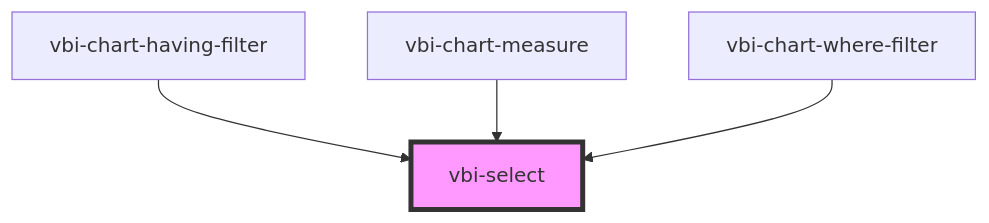
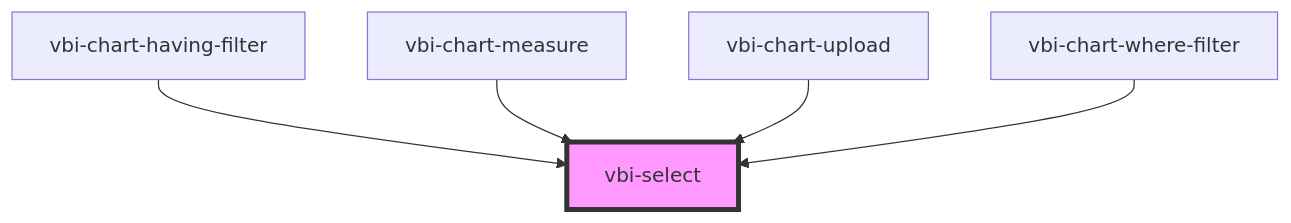
The diagram in packages/vbi-component/src/components/ui/vbi-select/readme.md (Ditto190/VBI-modme), drawn with Mermaid before and after one commit. The commit also changed other lines of this file and 20 other files, not shown here.

Commit message:
feat(vbi-component): add CSV upload

````diff
--- a/packages/vbi-component/src/components/ui/vbi-select/readme.md
+++ b/packages/vbi-component/src/components/ui/vbi-select/readme.md
@@ -36,7 +37,8 @@
 ```mermaid
 graph TD;
   vbi-chart-having-filter --> vbi-select
   vbi-chart-measure --> vbi-select
+  vbi-chart-upload --> vbi-select
   vbi-chart-where-filter --> vbi-select
   style vbi-select fill:#f9f,stroke:#333,stroke-width:4px
 ```
````
